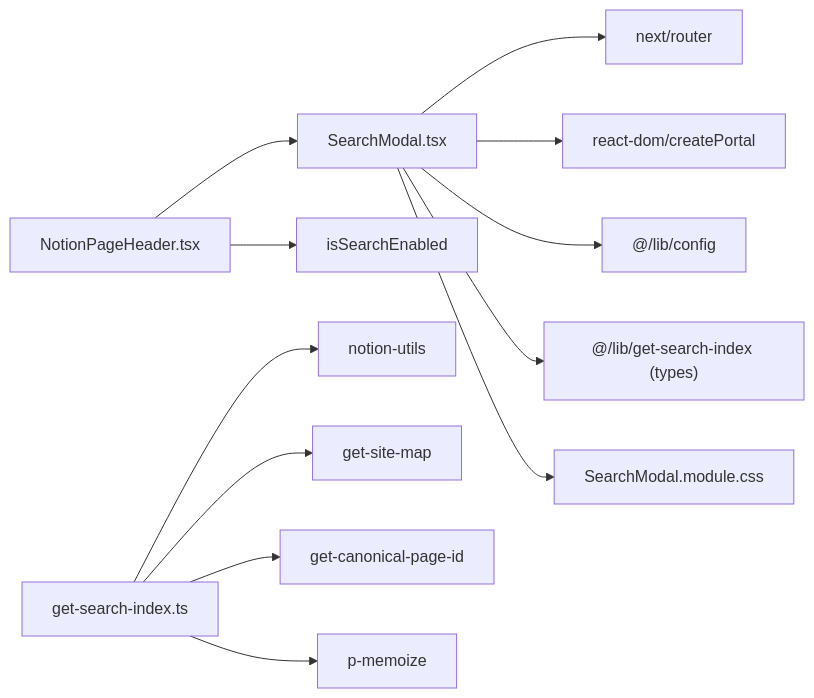
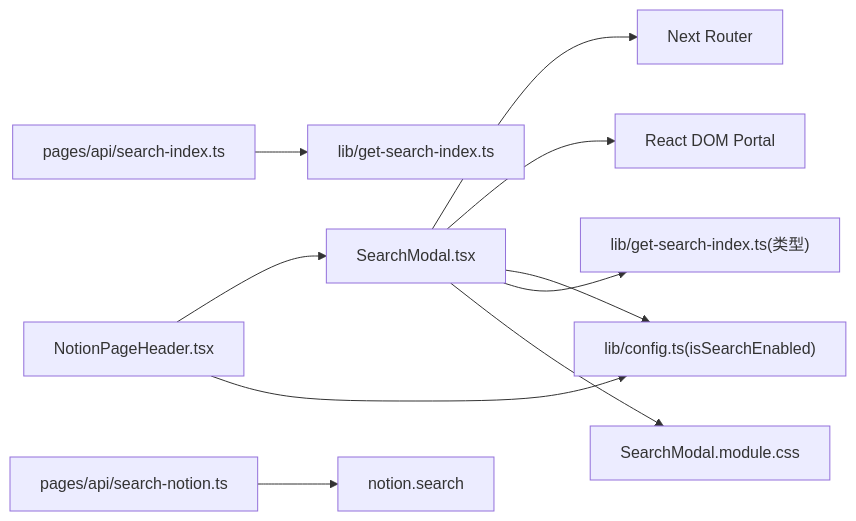
One commit to PhysicalMouse/nextjs-notion-starter-kit changed the fifth of 5 diagrams in .qoder/repowiki/zh/content/搜索功能/搜索 UI 组件.md. Above: the diagram before and after it, drawn with Mermaid. The commit also changed other lines of this file and 186 other files, not shown here.

````diff
--- a/.qoder/repowiki/zh/content/搜索功能/搜索 UI 组件.md
+++ b/.qoder/repowiki/zh/content/搜索功能/搜索 UI 组件.md
@@ -224,14 +279,12 @@
 ```mermaid
 graph LR
-SearchModal["SearchModal.tsx"] --> Router["next/router"]
-SearchModal --> Portal["react-dom/createPortal"]
-SearchModal --> Config["@/lib/config"]
-SearchModal --> Types["@/lib/get-search-index (types)"]
-SearchModal --> Styles["SearchModal.module.css"]
-NotionHeader["NotionPageHeader.tsx"] --> SearchModal
-NotionHeader --> SiteConfig["isSearchEnabled"]
-GetIndex["get-search-index.ts"] --> NotionUtils["notion-utils"]
-GetIndex --> SiteMap["get-site-map"]
-GetIndex --> Canonical["get-canonical-page-id"]
-GetIndex --> Memo["p-memoize"]
+Modal["SearchModal.tsx"] --> Router["Next Router"]
+Modal --> Portal["React DOM Portal"]
+Modal --> Cfg["lib/config.ts(api)"]
+Modal --> Types["lib/get-search-index.ts(类型)"]
+Modal --> Styles["SearchModal.module.css"]
+Header["NotionPageHeader.tsx"] --> Modal
+Header --> Cfg["lib/config.ts(isSearchEnabled)"]
+APIIdx["pages/api/search-index.ts"] --> Build["lib/get-search-index.ts"]
+APISearch["pages/api/search-notion.ts"] --> Notion["notion.search"]
 ```
````
